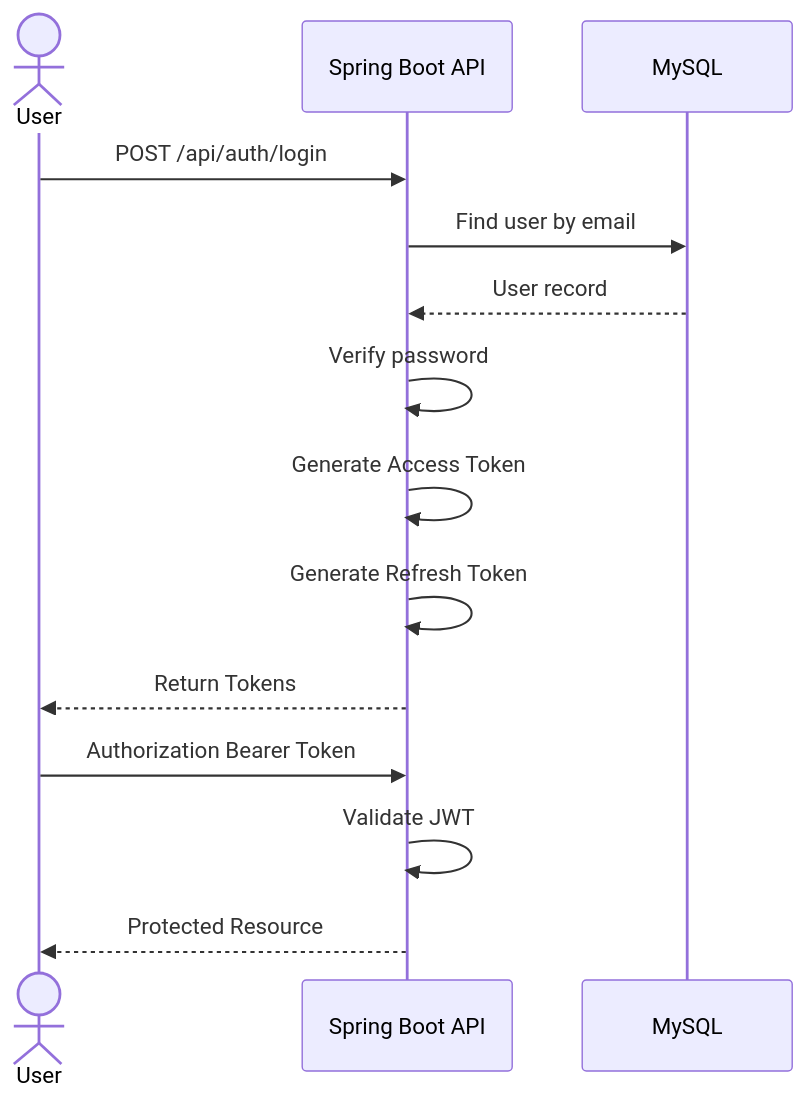
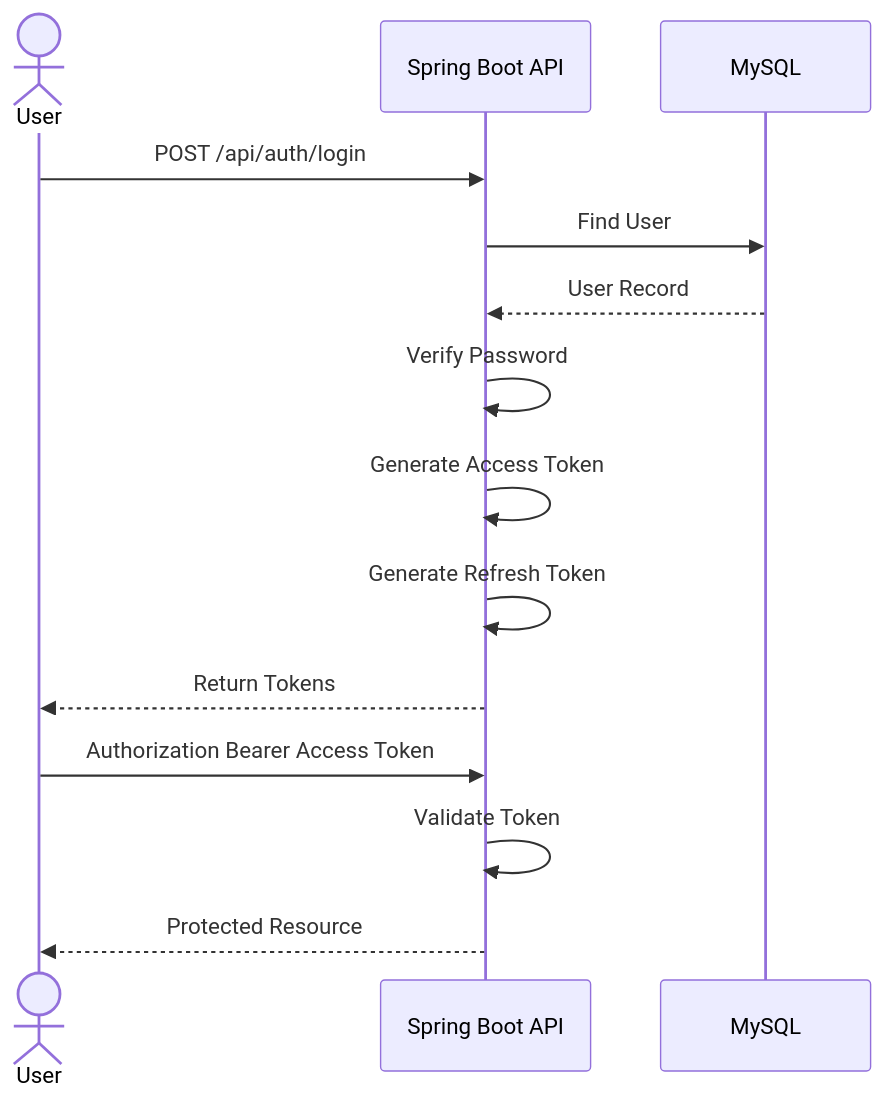
Before and after one commit to huenguyenkim/Taskflow: the second of 4 diagrams in README.md, drawn with Mermaid. The commit also changed other lines of this file, not shown here.

````diff
--- a/README.md
+++ b/README.md
@@ -134,28 +135,27 @@
 ```mermaid
 sequenceDiagram
 
     actor User
-
     participant API as Spring Boot API
     participant DB as MySQL
 
     User->>API: POST /api/auth/login
 
-    API->>DB: Find user by email
+    API->>DB: Find User
 
-    DB-->>API: User record
+    DB-->>API: User Record
 
-    API->>API: Verify password
+    API->>API: Verify Password
 
     API->>API: Generate Access Token
 
     API->>API: Generate Refresh Token
 
     API-->>User: Return Tokens
 
-    User->>API: Authorization Bearer Token
+    User->>API: Authorization Bearer Access Token
 
-    API->>API: Validate JWT
+    API->>API: Validate Token
 
     API-->>User: Protected Resource
 ```
````
